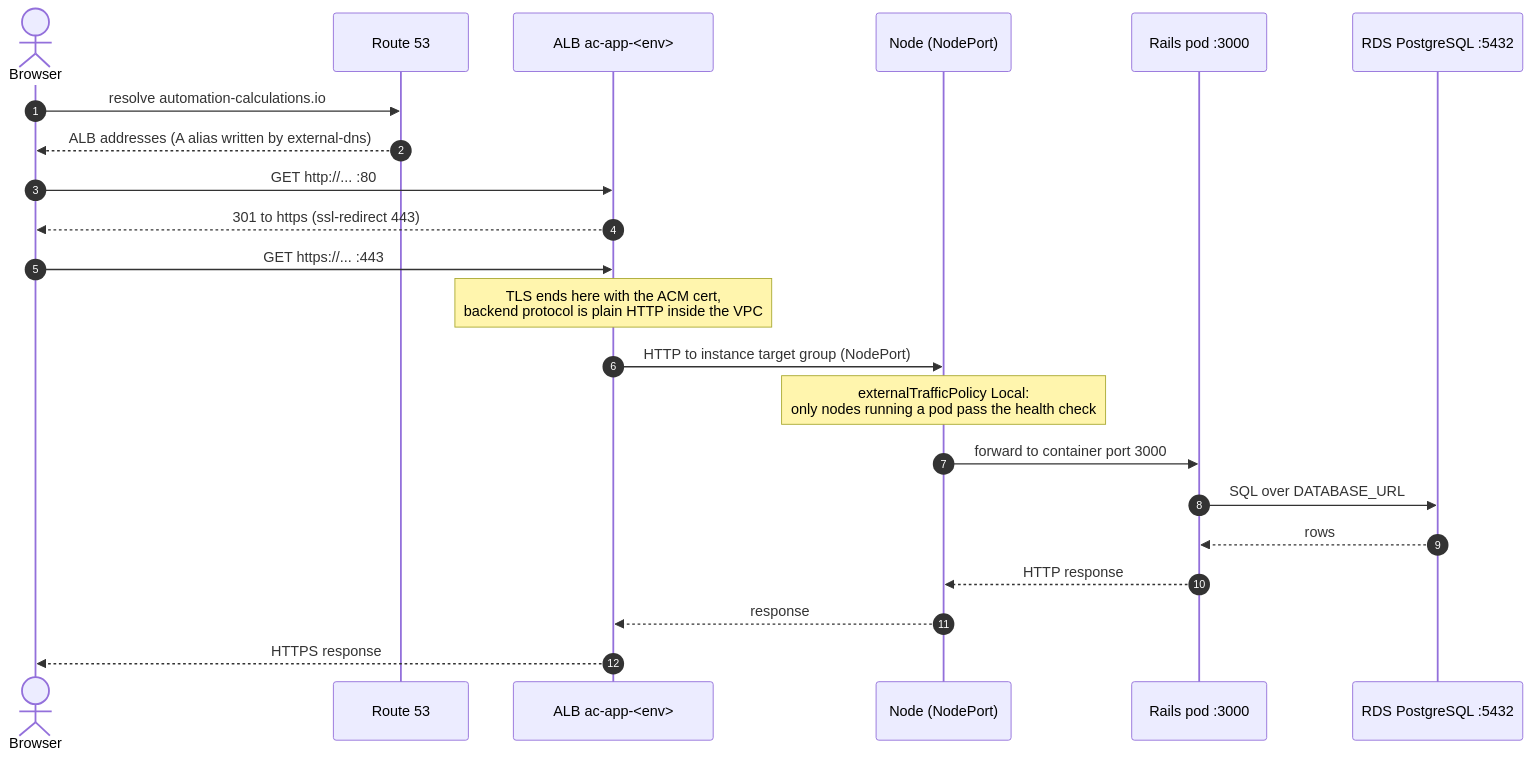
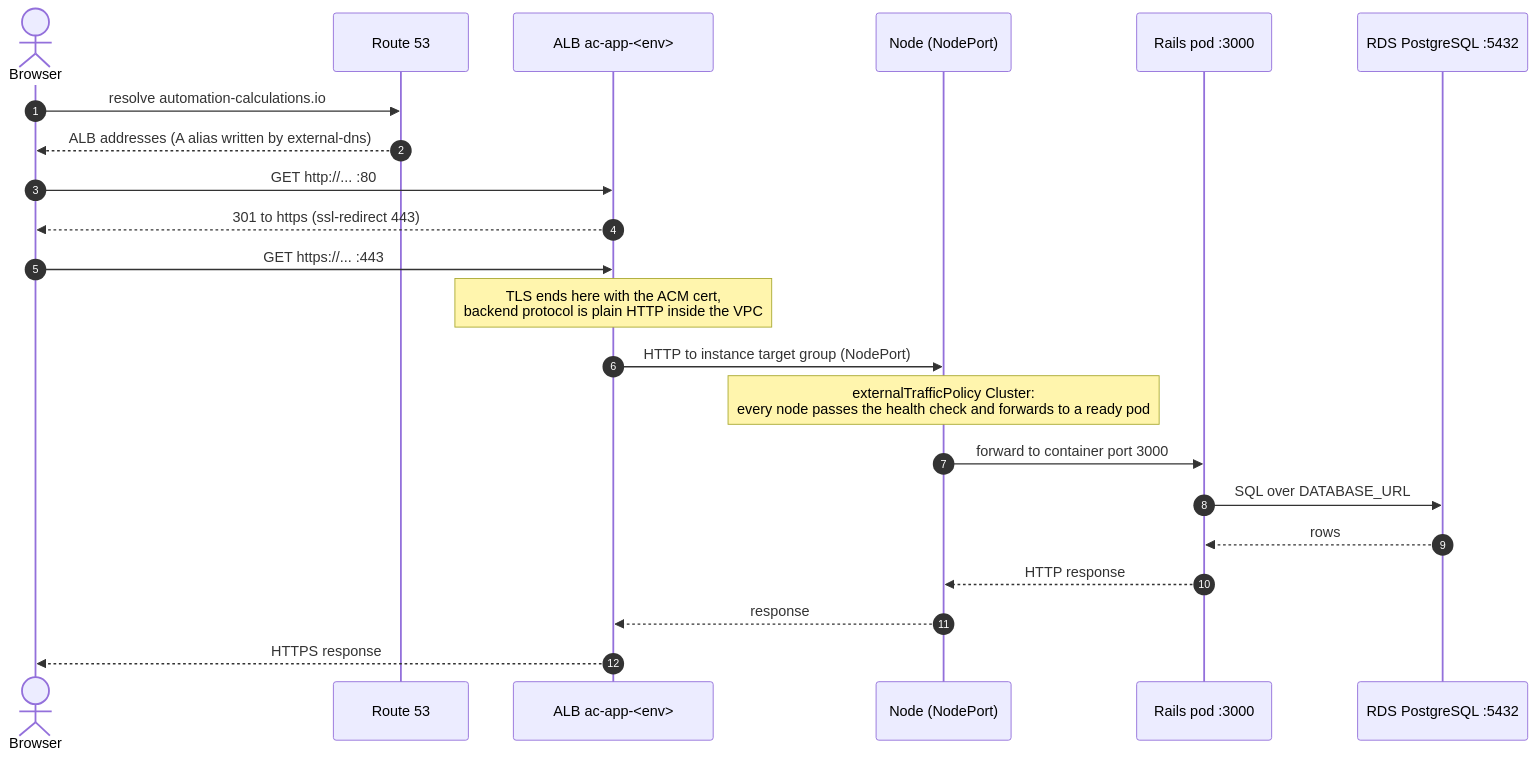
The first of 5 diagrams in docs/architecture/request-flow.md (team-automation-calculator/core-iac), drawn with Mermaid before and after one commit. The commit also changed other lines of this file and 3 other files, not shown here.

First line of the commit message:
Docs: fix architecture and staging-destroy drift left by Phase 9 and the Cluster policy

````diff
--- a/docs/architecture/request-flow.md
+++ b/docs/architecture/request-flow.md
@@ -7,25 +7,25 @@
 ```mermaid
 sequenceDiagram
     autonumber
     actor B as Browser
     participant R53 as Route 53
     participant ALB as ALB ac-app-#lt;env#gt;
     participant N as Node (NodePort)
     participant P as Rails pod :3000
     participant DB as RDS PostgreSQL :5432
 
     B->>R53: resolve automation-calculations.io
     R53-->>B: ALB addresses (A alias written by external-dns)
     B->>ALB: GET http://... :80
     ALB-->>B: 301 to https (ssl-redirect 443)
     B->>ALB: GET https://... :443
     Note over ALB: TLS ends here with the ACM cert,<br/>backend protocol is plain HTTP inside the VPC
     ALB->>N: HTTP to instance target group (NodePort)
-    Note over N: externalTrafficPolicy Local:<br/>only nodes running a pod pass the health check
+    Note over N: externalTrafficPolicy Cluster:<br/>every node passes the health check and forwards to a ready pod
     N->>P: forward to container port 3000
     P->>DB: SQL over DATABASE_URL
     DB-->>P: rows
     P-->>N: HTTP response
     N-->>ALB: response
     ALB-->>B: HTTPS response
 ```
````
